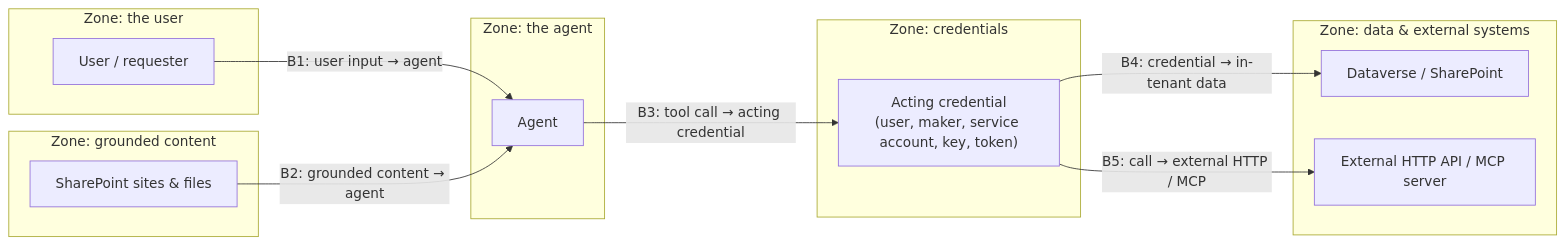
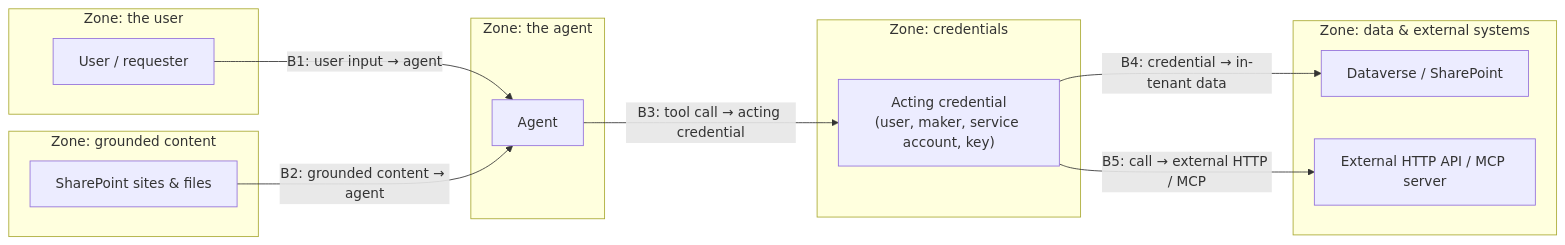
One commit to solliancenet/copilot-studio-shadow-agents-workshop changed the diagram in docs/01_the_agent_estate/01_03.md. Above: the diagram before and after it, drawn with Mermaid. The commit also changed other lines of this file, not shown here.

````diff
--- a/docs/01_the_agent_estate/01_03.md
+++ b/docs/01_the_agent_estate/01_03.md
@@ -27,25 +27,25 @@
 ```mermaid
 flowchart LR
   subgraph Z1["Zone: the user"]
     U["User / requester"]
   end
   subgraph Z0["Zone: grounded content"]
     G["SharePoint sites &amp; files"]
   end
   subgraph Z2["Zone: the agent"]
     A["Agent"]
   end
   subgraph Z3["Zone: credentials"]
-    CR["Acting credential<br/>(user, maker, service account, key, token)"]
+    CR["Acting credential<br/>(user, maker, service account, key)"]
   end
   subgraph Z4["Zone: data &amp; external systems"]
     D["Dataverse / SharePoint"]
     X["External HTTP API / MCP server"]
   end
 
   U -->|"B1: user input → agent"| A
   G -->|"B2: grounded content → agent"| A
   A -->|"B3: tool call → acting credential"| CR
   CR -->|"B4: credential → in-tenant data"| D
   CR -->|"B5: call → external HTTP / MCP"| X
 ```
````
